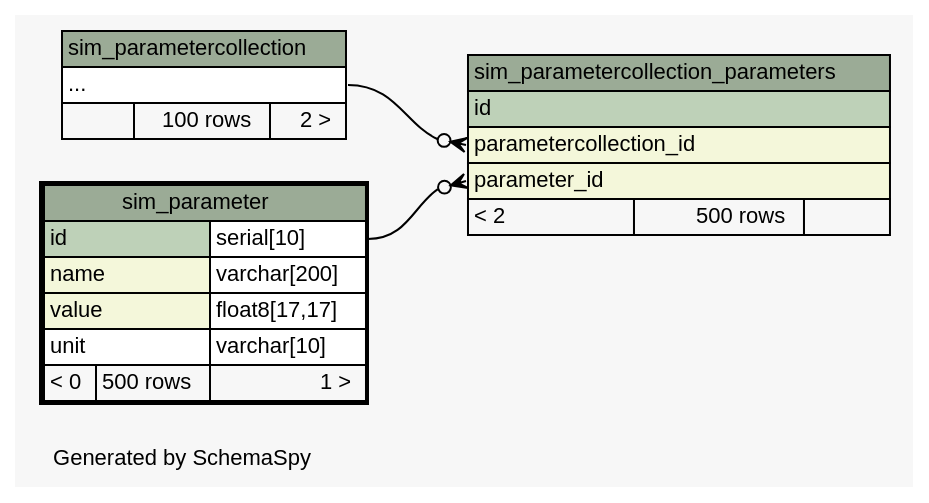
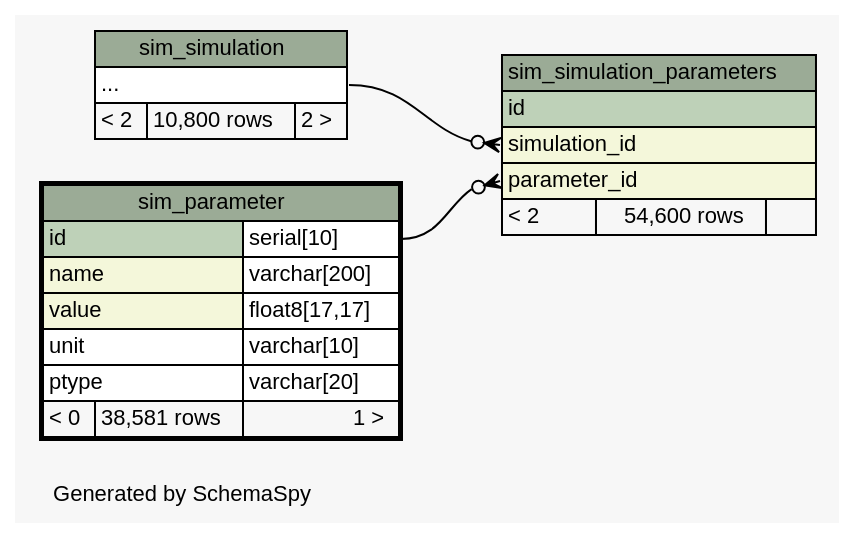
The diagram in database/schema/diagrams/sim_parameter.2degrees.dot (jingyayeah/multiscale-galactose), drawn with Graphviz before and after one commit. The commit also changed 101 other files, not shown here.

Commit message:
Database schema updated

```diff
--- a/database/schema/diagrams/sim_parameter.2degrees.dot
+++ b/database/schema/diagrams/sim_parameter.2degrees.dot
@@ -1,59 +1,60 @@
 // dot 2.26.3 on Linux 3.11.0-12-generic
 // SchemaSpy rev 590
 digraph "twoDegreesRelationshipsDiagram" {
   graph [
     rankdir="RL"
     bgcolor="#f7f7f7"
     label="\nGenerated by SchemaSpy"
     labeljust="l"
     nodesep="0.18"
     ranksep="0.46"
     fontname="Helvetica"
     fontsize="11"
   ];
   node [
     fontname="Helvetica"
     fontsize="11"
     shape="plaintext"
   ];
   edge [
     arrowsize="0.8"
   ];
-  "sim_parametercollection_parameters":"parameter_id":w -> "sim_parameter":"id.type":e [arrowhead=none dir=back arrowtail=crowodot];
-  "sim_parametercollection_parameters":"parametercollection_id":w -> "sim_parametercollection":"elipses":e [arrowhead=none dir=back arrowtail=crowodot];
+  "sim_simulation_parameters":"parameter_id":w -> "sim_parameter":"id.type":e [arrowhead=none dir=back arrowtail=crowodot];
+  "sim_simulation_parameters":"simulation_id":w -> "sim_simulation":"elipses":e [arrowhead=none dir=back arrowtail=crowodot];
   "sim_parameter" [
     label=<
     <TABLE BORDER="2" CELLBORDER="1" CELLSPACING="0" BGCOLOR="#ffffff">
       <TR><TD COLSPAN="3" BGCOLOR="#9bab96" ALIGN="CENTER">sim_parameter</TD></TR>
       <TR><TD PORT="id" COLSPAN="2" BGCOLOR="#bed1b8" ALIGN="LEFT">id</TD><TD PORT="id.type" ALIGN="LEFT">serial[10]</TD></TR>
       <TR><TD PORT="name" COLSPAN="2" BGCOLOR="#f4f7da" ALIGN="LEFT">name</TD><TD PORT="name.type" ALIGN="LEFT">varchar[200]</TD></TR>
       <TR><TD PORT="value" COLSPAN="2" BGCOLOR="#f4f7da" ALIGN="LEFT">value</TD><TD PORT="value.type" ALIGN="LEFT">float8[17,17]</TD></TR>
       <TR><TD PORT="unit" COLSPAN="2" ALIGN="LEFT">unit</TD><TD PORT="unit.type" ALIGN="LEFT">varchar[10]</TD></TR>
-      <TR><TD ALIGN="LEFT" BGCOLOR="#f7f7f7">&lt; 0</TD><TD ALIGN="RIGHT" BGCOLOR="#f7f7f7">500 rows</TD><TD ALIGN="RIGHT" BGCOLOR="#f7f7f7">1 &gt;</TD></TR>
+      <TR><TD PORT="ptype" COLSPAN="2" ALIGN="LEFT">ptype</TD><TD PORT="ptype.type" ALIGN="LEFT">varchar[20]</TD></TR>
+      <TR><TD ALIGN="LEFT" BGCOLOR="#f7f7f7">&lt; 0</TD><TD ALIGN="RIGHT" BGCOLOR="#f7f7f7">38,581 rows</TD><TD ALIGN="RIGHT" BGCOLOR="#f7f7f7">1 &gt;</TD></TR>
     </TABLE>>
     URL="sim_parameter.html"
     tooltip="sim_parameter"
   ];
-  "sim_parametercollection" [
+  "sim_simulation" [
     label=<
     <TABLE BORDER="0" CELLBORDER="1" CELLSPACING="0" BGCOLOR="#ffffff">
-      <TR><TD COLSPAN="3" BGCOLOR="#9bab96" ALIGN="CENTER">sim_parametercollection</TD></TR>
+      <TR><TD COLSPAN="3" BGCOLOR="#9bab96" ALIGN="CENTER">sim_simulation</TD></TR>
       <TR><TD PORT="elipses" COLSPAN="3" ALIGN="LEFT">...</TD></TR>
-      <TR><TD ALIGN="LEFT" BGCOLOR="#f7f7f7">  </TD><TD ALIGN="RIGHT" BGCOLOR="#f7f7f7">100 rows</TD><TD ALIGN="RIGHT" BGCOLOR="#f7f7f7">2 &gt;</TD></TR>
+      <TR><TD ALIGN="LEFT" BGCOLOR="#f7f7f7">&lt; 2</TD><TD ALIGN="RIGHT" BGCOLOR="#f7f7f7">10,800 rows</TD><TD ALIGN="RIGHT" BGCOLOR="#f7f7f7">2 &gt;</TD></TR>
     </TABLE>>
-    URL="sim_parametercollection.html"
-    tooltip="sim_parametercollection"
+    URL="sim_simulation.html"
+    tooltip="sim_simulation"
   ];
-  "sim_parametercollection_parameters" [
+  "sim_simulation_parameters" [
     label=<
     <TABLE BORDER="0" CELLBORDER="1" CELLSPACING="0" BGCOLOR="#ffffff">
-      <TR><TD COLSPAN="3" BGCOLOR="#9bab96" ALIGN="CENTER">sim_parametercollection_parameters</TD></TR>
+      <TR><TD COLSPAN="3" BGCOLOR="#9bab96" ALIGN="CENTER">sim_simulation_parameters</TD></TR>
       <TR><TD PORT="id" COLSPAN="3" BGCOLOR="#bed1b8" ALIGN="LEFT">id</TD></TR>
-      <TR><TD PORT="parametercollection_id" COLSPAN="3" BGCOLOR="#f4f7da" ALIGN="LEFT">parametercollection_id</TD></TR>
+      <TR><TD PORT="simulation_id" COLSPAN="3" BGCOLOR="#f4f7da" ALIGN="LEFT">simulation_id</TD></TR>
       <TR><TD PORT="parameter_id" COLSPAN="3" BGCOLOR="#f4f7da" ALIGN="LEFT">parameter_id</TD></TR>
-      <TR><TD ALIGN="LEFT" BGCOLOR="#f7f7f7">&lt; 2</TD><TD ALIGN="RIGHT" BGCOLOR="#f7f7f7">500 rows</TD><TD ALIGN="RIGHT" BGCOLOR="#f7f7f7">  </TD></TR>
+      <TR><TD ALIGN="LEFT" BGCOLOR="#f7f7f7">&lt; 2</TD><TD ALIGN="RIGHT" BGCOLOR="#f7f7f7">54,600 rows</TD><TD ALIGN="RIGHT" BGCOLOR="#f7f7f7">  </TD></TR>
     </TABLE>>
-    URL="sim_parametercollection_parameters.html"
-    tooltip="sim_parametercollection_parameters"
+    URL="sim_simulation_parameters.html"
+    tooltip="sim_simulation_parameters"
   ];
 }
```
